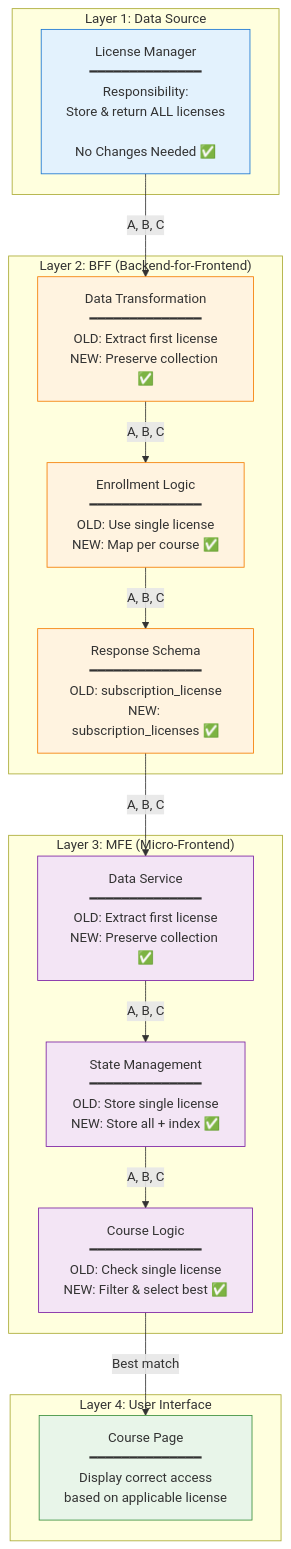
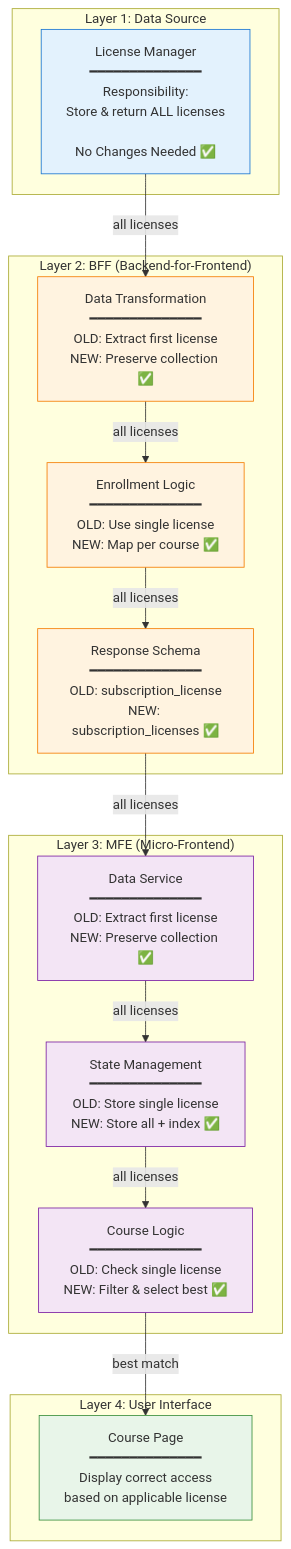
One commit to rgopalrao-sonata-png/edx-enterprise changed the fifth of 11 diagrams in multiplex_solution.md. Above: the diagram before and after it, drawn with Mermaid. The commit also changed other lines of this file, not shown here.

Commit message:
Refactor license flow and update diagrams

````diff
--- a/multiplex_solution.md
+++ b/multiplex_solution.md
@@ -360,43 +360,43 @@
 ```mermaid
 graph TB
     subgraph "Layer 1: Data Source"
         LM[License Manager<br/>━━━━━━━━━━━━━━<br/>Responsibility:<br/>Store & return ALL licenses<br/><br/>No Changes Needed ✅]
     end
     
     subgraph "Layer 2: BFF (Backend-for-Frontend)"
         BFF1[Data Transformation<br/>━━━━━━━━━━━━━━<br/>OLD: Extract first license<br/>NEW: Preserve collection ✅]
         
         BFF2[Enrollment Logic<br/>━━━━━━━━━━━━━━<br/>OLD: Use single license<br/>NEW: Map per course ✅]
         
         BFF3[Response Schema<br/>━━━━━━━━━━━━━━<br/>OLD: subscription_license<br/>NEW: subscription_licenses ✅]
     end
     
     subgraph "Layer 3: MFE (Micro-Frontend)"
         MFE1[Data Service<br/>━━━━━━━━━━━━━━<br/>OLD: Extract first license<br/>NEW: Preserve collection ✅]
         
         MFE2[State Management<br/>━━━━━━━━━━━━━━<br/>OLD: Store single license<br/>NEW: Store all + index ✅]
         
         MFE3[Course Logic<br/>━━━━━━━━━━━━━━<br/>OLD: Check single license<br/>NEW: Filter & select best ✅]
     end
     
     subgraph "Layer 4: User Interface"
         UI[Course Page<br/>━━━━━━━━━━━━━━<br/>Display correct access<br/>based on applicable license]
     end
     
-    LM -->|A, B, C| BFF1
-    BFF1 -->|A, B, C| BFF2
-    BFF2 -->|A, B, C| BFF3
-    BFF3 -->|A, B, C| MFE1
-    MFE1 -->|A, B, C| MFE2
-    MFE2 -->|A, B, C| MFE3
-    MFE3 -->|Best match| UI
+    LM -->|all licenses| BFF1
+    BFF1 -->|all licenses| BFF2
+    BFF2 -->|all licenses| BFF3
+    BFF3 -->|all licenses| MFE1
+    MFE1 -->|all licenses| MFE2
+    MFE2 -->|all licenses| MFE3
+    MFE3 -->|best match| UI
     
     style LM fill:#e3f2fd,stroke:#1976d2
     style BFF1 fill:#fff3e0,stroke:#f57c00
     style BFF2 fill:#fff3e0,stroke:#f57c00
     style BFF3 fill:#fff3e0,stroke:#f57c00
     style MFE1 fill:#f3e5f5,stroke:#7b1fa2
     style MFE2 fill:#f3e5f5,stroke:#7b1fa2
     style MFE3 fill:#f3e5f5,stroke:#7b1fa2
     style UI fill:#e8f5e9,stroke:#388e3c
 ```
````
